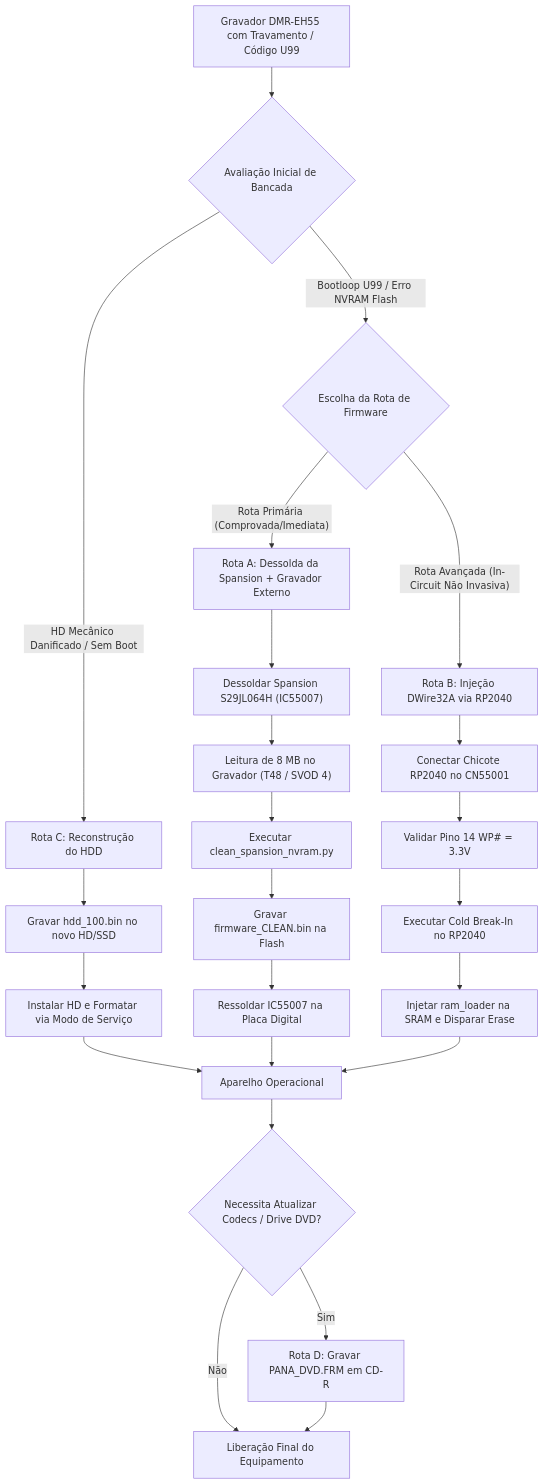
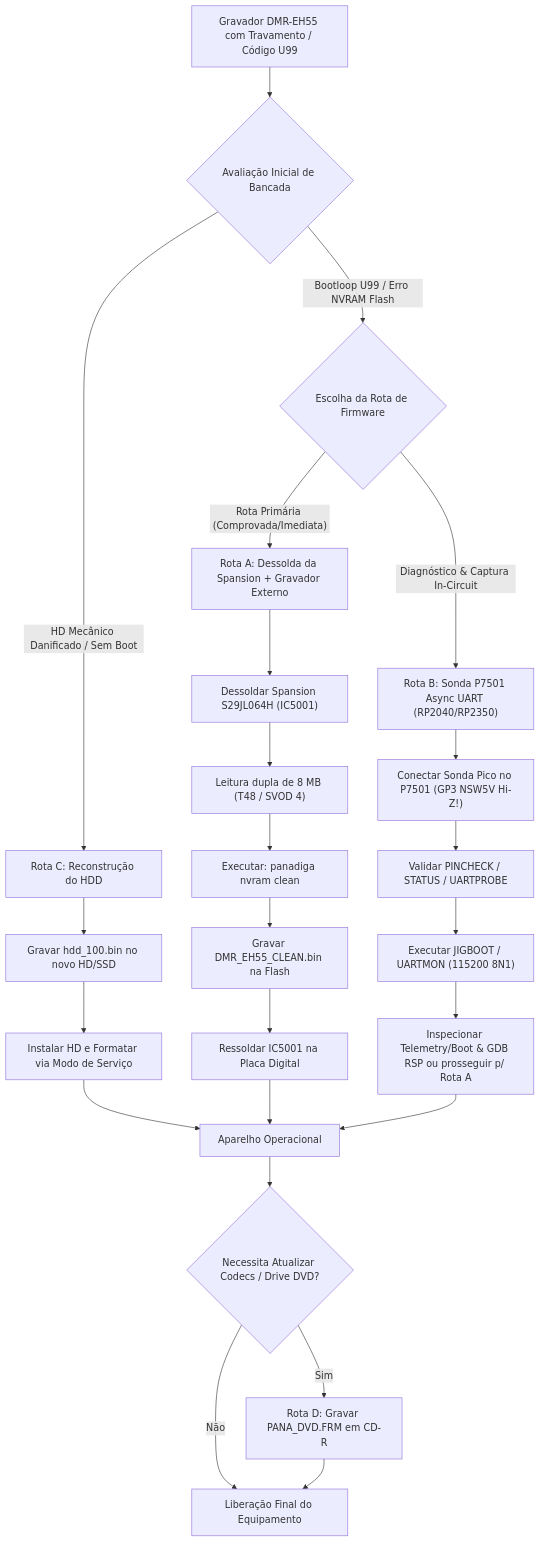
The diagram in docs/pt-BR/INVENTARIO_TECNICO_E_GUIA_DE_OPERACAO.md (danielchrono/Panadiga), drawn with Mermaid before and after one commit. The commit also changed other lines of this file and 775 other files, not shown here.

````diff
--- a/docs/pt-BR/INVENTARIO_TECNICO_E_GUIA_DE_OPERACAO.md
+++ b/docs/pt-BR/INVENTARIO_TECNICO_E_GUIA_DE_OPERACAO.md
@@ -156,32 +151,32 @@
 ```mermaid
 flowchart TD
     A["Gravador DMR-EH55 com Travamento / Código U99"] --> B{"Avaliação Inicial de Bancada"}
     
     B -->|"HD Mecânico Danificado / Sem Boot"| C["Rota C: Reconstrução do HDD"]
     B -->|"Bootloop U99 / Erro NVRAM Flash"| D{"Escolha da Rota de Firmware"}
     
     D -->|"Rota Primária (Comprovada/Imediata)"| E["Rota A: Dessolda da Spansion + Gravador Externo"]
-    D -->|"Rota Avançada (In-Circuit Não Invasiva)"| F["Rota B: Injeção DWire32A via RP2040"]
+    D -->|"Diagnóstico & Captura In-Circuit"| F["Rota B: Sonda P7501 Async UART (RP2040/RP2350)"]
     
     C --> C1["Gravar hdd_100.bin no novo HD/SSD"]
     C1 --> C2["Instalar HD e Formatar via Modo de Serviço"]
     C2 --> Z["Aparelho Operacional"]
     
-    E --> E1["Dessoldar Spansion S29JL064H (IC55007)"]
-    E1 --> E2["Leitura de 8 MB no Gravador (T48 / SVOD 4)"]
-    E2 --> E3["Executar clean_spansion_nvram.py"]
-    E3 --> E4["Gravar firmware_CLEAN.bin na Flash"]
-    E4 --> E5["Ressoldar IC55007 na Placa Digital"]
+    E --> E1["Dessoldar Spansion S29JL064H (IC5001)"]
+    E1 --> E2["Leitura dupla de 8 MB (T48 / SVOD 4)"]
+    E2 --> E3["Executar: panadiga nvram clean"]
+    E3 --> E4["Gravar DMR_EH55_CLEAN.bin na Flash"]
+    E4 --> E5["Ressoldar IC5001 na Placa Digital"]
     E5 --> Z
     
-    F --> F1["Conectar Chicote RP2040 no CN55001"]
-    F1 --> F2["Validar Pino 14 WP# = 3.3V"]
-    F2 --> F3["Executar Cold Break-In no RP2040"]
-    F3 --> F4["Injetar ram_loader na SRAM e Disparar Erase"]
+    F --> F1["Conectar Sonda Pico no P7501 (GP3 NSW5V Hi-Z!)"]
+    F1 --> F2["Validar PINCHECK / STATUS / UARTPROBE"]
+    F2 --> F3["Executar JIGBOOT / UARTMON (115200 8N1)"]
+    F3 --> F4["Inspecionar Telemetry/Boot & GDB RSP ou prosseguir p/ Rota A"]
     F4 --> Z
     
     Z --> G{"Necessita Atualizar Codecs / Drive DVD?"}
     G -->|"Sim"| H["Rota D: Gravar PANA_DVD.FRM em CD-R"]
     G -->|"Não"| I["Liberação Final do Equipamento"]
     H --> I
 ```
````
